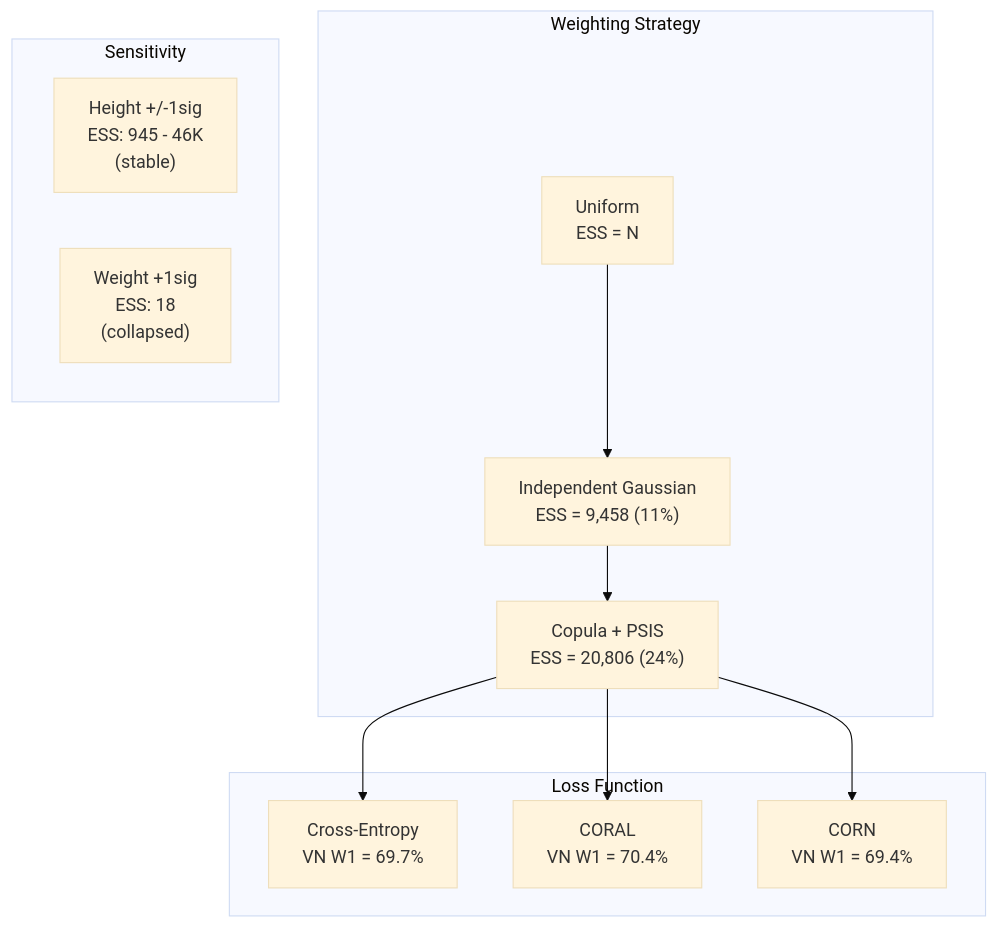
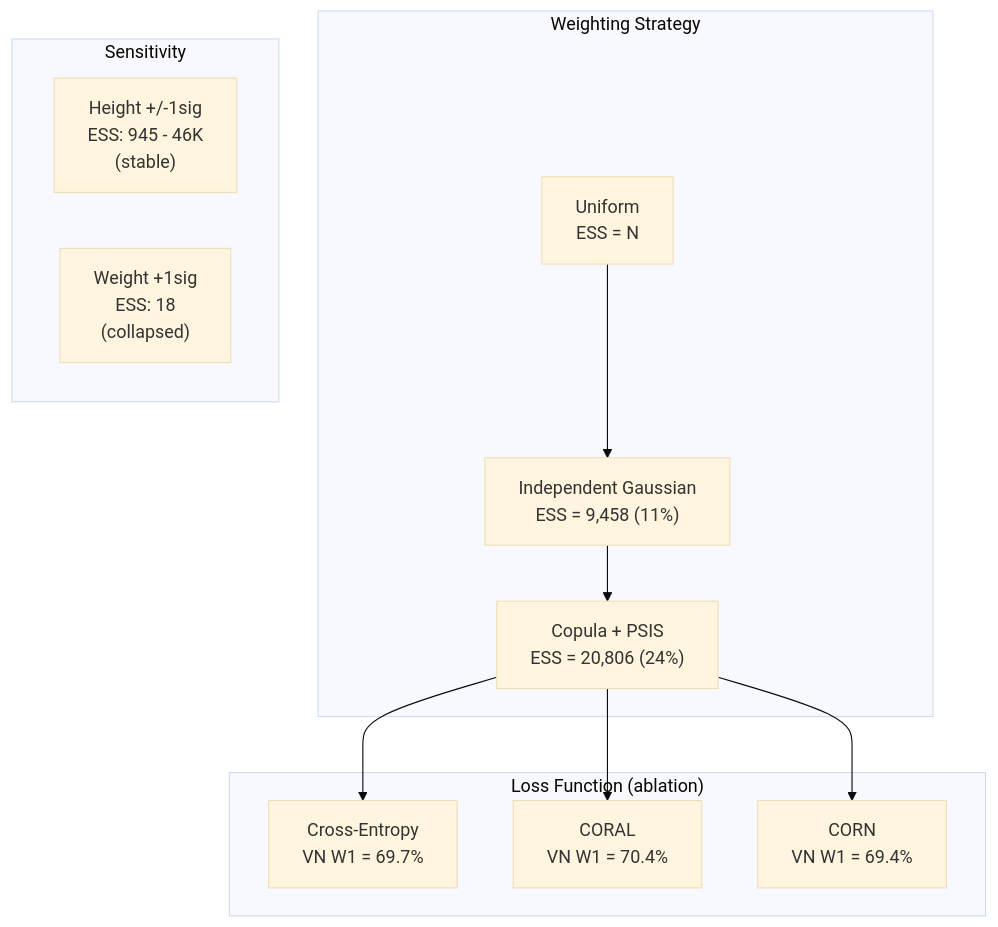
One commit to InugamiDev/EA-VTON changed the fourth of 4 diagrams in README.md. Above: the diagram before and after it, drawn with Mermaid (base theme). The commit also changed other lines of this file and 8 other files, not shown here.

````diff
--- a/README.md
+++ b/README.md
@@ -226,22 +226,22 @@
 ```mermaid
 graph TD
     subgraph "Weighting Strategy"
         U["Uniform<br/>ESS = N"] --> I["Independent Gaussian<br/>ESS = 9,458 (11%)"]
         I --> CP["Copula + PSIS<br/>ESS = 20,806 (24%)"]
     end
 
-    subgraph "Loss Function"
+    subgraph "Loss Function (ablation)"
         CE["Cross-Entropy<br/>VN W1 = 69.7%"]
         CORAL["CORAL<br/>VN W1 = 70.4%"]
         CORN["CORN<br/>VN W1 = 69.4%"]
     end
 
     subgraph "Sensitivity"
         S1["Height +/-1sig<br/>ESS: 945 - 46K<br/>(stable)"]
         S2["Weight +1sig<br/>ESS: 18<br/>(collapsed)"]
     end
 
     CP --> CE
     CP --> CORAL
     CP --> CORN
 ```
````
